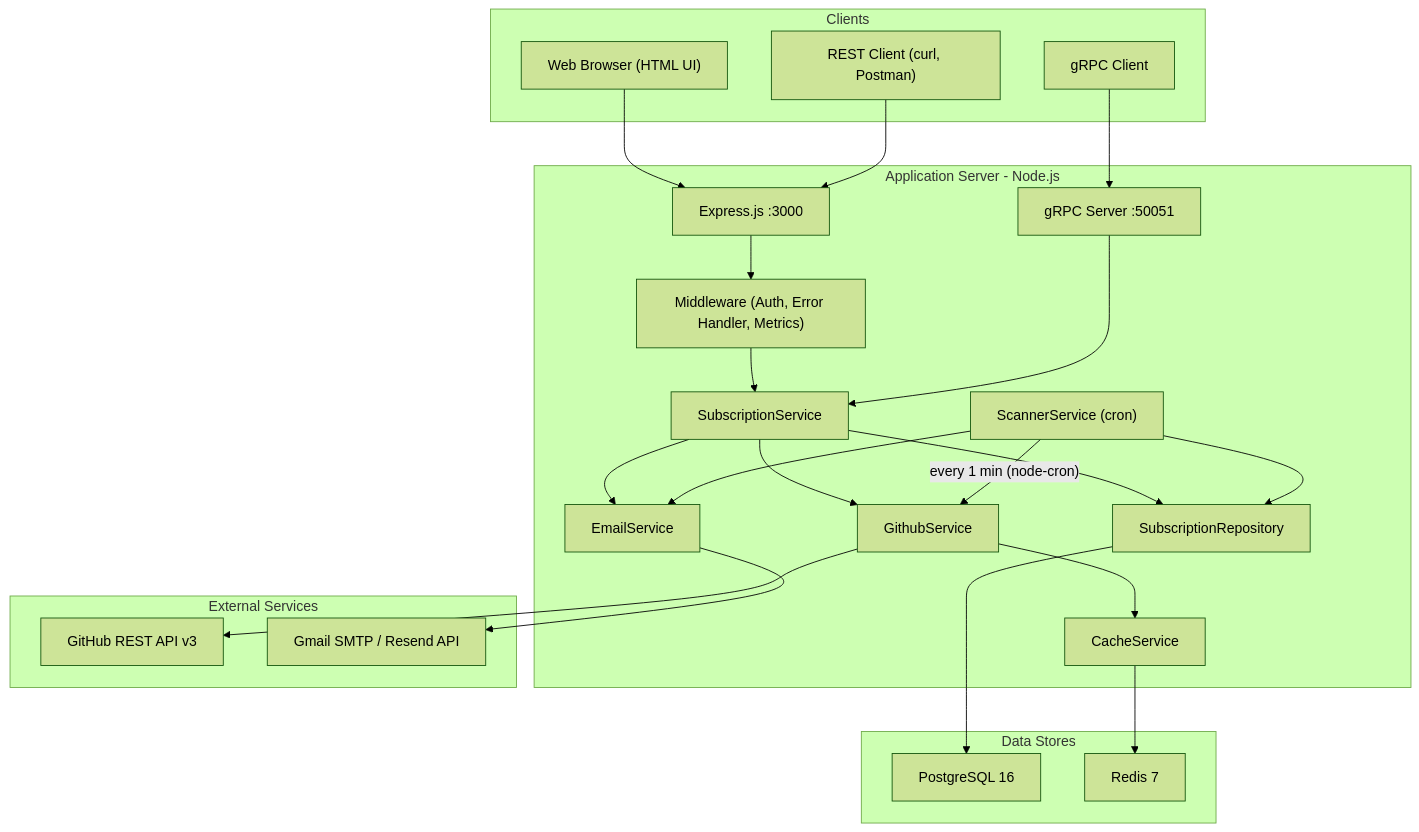
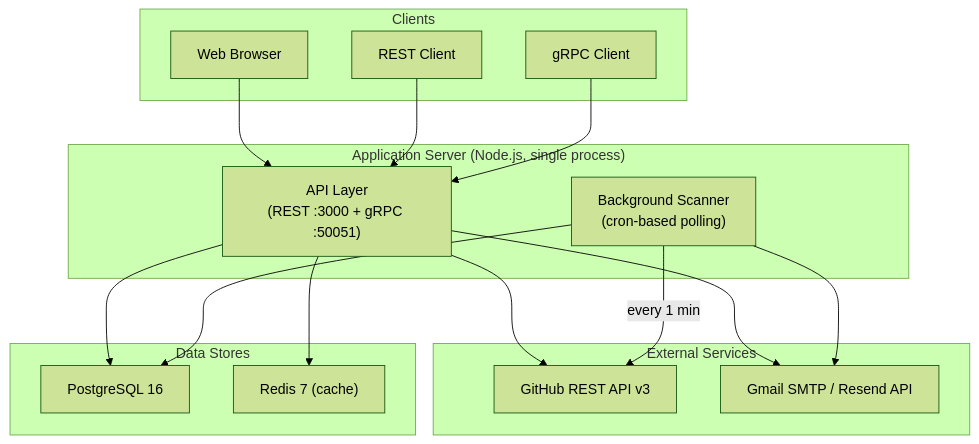
Before and after one commit to GenesisEducationKyiv/software-engineering-school-6-0-DimaGalchenko: the first of 4 diagrams in docs/system-design.md, drawn with Mermaid (forest theme). The commit also changed other lines of this file and 2 other files, not shown here.

````diff
--- a/docs/system-design.md
+++ b/docs/system-design.md
@@ -83,51 +105,36 @@
 ```mermaid
 graph TB
     subgraph Clients
-        Browser["Web Browser (HTML UI)"]
-        REST["REST Client (curl, Postman)"]
+        Browser["Web Browser"]
+        REST["REST Client"]
         GRPC["gRPC Client"]
     end
 
-    subgraph AppServer["Application Server  - Node.js"]
-        Express["Express.js :3000"]
-        GRPCSrv["gRPC Server :50051"]
-        Middleware["Middleware (Auth, Error Handler, Metrics)"]
-        SubService["SubscriptionService"]
-        Scanner["ScannerService (cron)"]
-        GHService["GithubService"]
-        EmailSvc["EmailService"]
-        CacheSvc["CacheService"]
-        Repo["SubscriptionRepository"]
+    subgraph AppServer["Application Server (Node.js, single process)"]
+        API["API Layer<br/>(REST :3000 + gRPC :50051)"]
+        Background["Background Scanner<br/>(cron-based polling)"]
     end
 
     subgraph DataStores["Data Stores"]
         PG["PostgreSQL 16"]
-        Redis["Redis 7"]
+        Redis["Redis 7 (cache)"]
     end
 
     subgraph External["External Services"]
         GHAPI["GitHub REST API v3"]
         EmailProvider["Gmail SMTP / Resend API"]
     end
 
-    Browser --> Express
-    REST --> Express
-    GRPC --> GRPCSrv
+    Browser --> API
+    REST --> API
+    GRPC --> API
 
-    Express --> Middleware --> SubService
-    GRPCSrv --> SubService
+    API --> PG
+    API --> GHAPI
+    API --> Redis
+    API --> EmailProvider
 
-    SubService --> GHService
-    SubService --> EmailSvc
-    SubService --> Repo
-
-    Scanner -->|"every 1 min (node-cron)"| GHService
-    Scanner --> EmailSvc
-    Scanner --> Repo
-
-    GHService --> CacheSvc
-    GHService --> GHAPI
-    CacheSvc --> Redis
-    EmailSvc --> EmailProvider
-    Repo --> PG
+    Background -->|"every 1 min"| GHAPI
+    Background --> PG
+    Background --> EmailProvider
 ```
````
